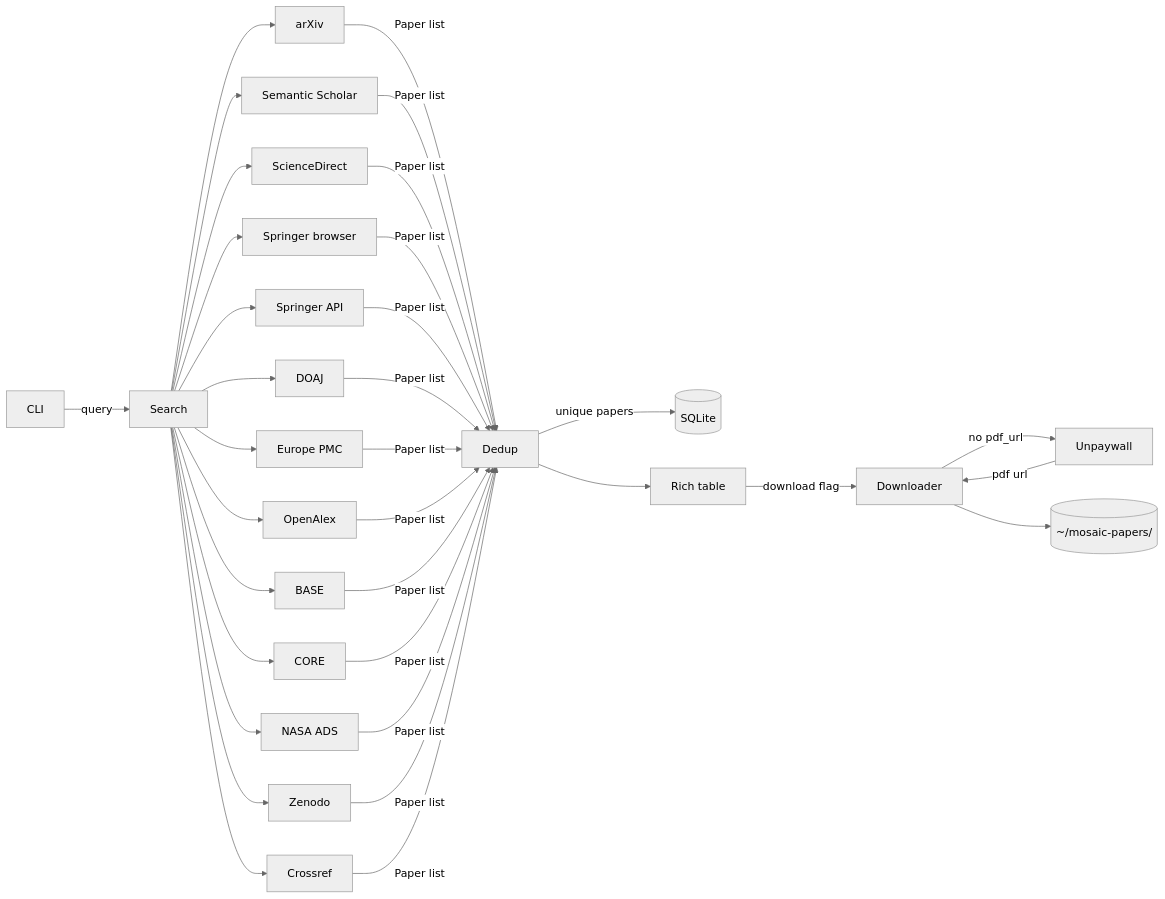
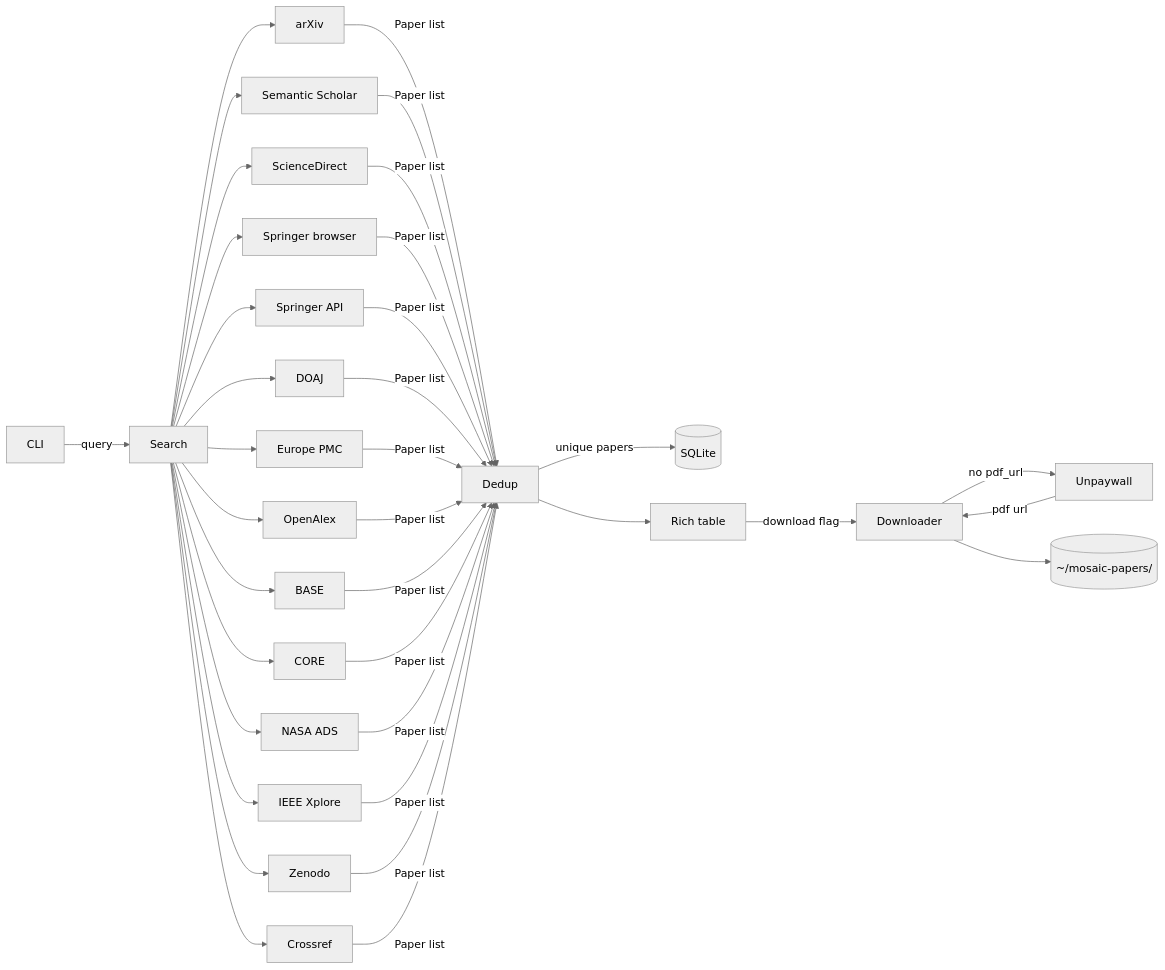
Before and after one commit to szaghi/mosaic: the diagram in docs/index.md, drawn with Mermaid (neutral theme). The commit also changed other lines of this file and 12 other files, not shown here.

First line of the commit message:
feat(sources): add IEEE Xplore search source

````diff
--- a/docs/index.md
+++ b/docs/index.md
@@ -57,12 +57,12 @@
 ```mermaid
 flowchart LR
     CLI -->|query| Search
-    Search --> arXiv & SS[Semantic Scholar] & SD[ScienceDirect] & SP[Springer browser] & SPN[Springer API] & DOAJ & EPMC[Europe PMC] & OA[OpenAlex] & BASE & CORE & ADS[NASA ADS] & ZEN[Zenodo] & CR[Crossref]
-    arXiv & SS & SD & SP & SPN & DOAJ & EPMC & OA & BASE & CORE & ADS & ZEN & CR -->|Paper list| Dedup
+    Search --> arXiv & SS[Semantic Scholar] & SD[ScienceDirect] & SP[Springer browser] & SPN[Springer API] & DOAJ & EPMC[Europe PMC] & OA[OpenAlex] & BASE & CORE & ADS[NASA ADS] & IEEE[IEEE Xplore] & ZEN[Zenodo] & CR[Crossref]
+    arXiv & SS & SD & SP & SPN & DOAJ & EPMC & OA & BASE & CORE & ADS & IEEE & ZEN & CR -->|Paper list| Dedup
     Dedup -->|unique papers| Cache[(SQLite)]
     Dedup --> Table[Rich table]
     Table -->|download flag| DL[Downloader]
     DL -->|no pdf_url| UPW[Unpaywall]
     UPW -->|pdf url| DL
     DL --> Disk[(~/mosaic-papers/)]
 ```
````
